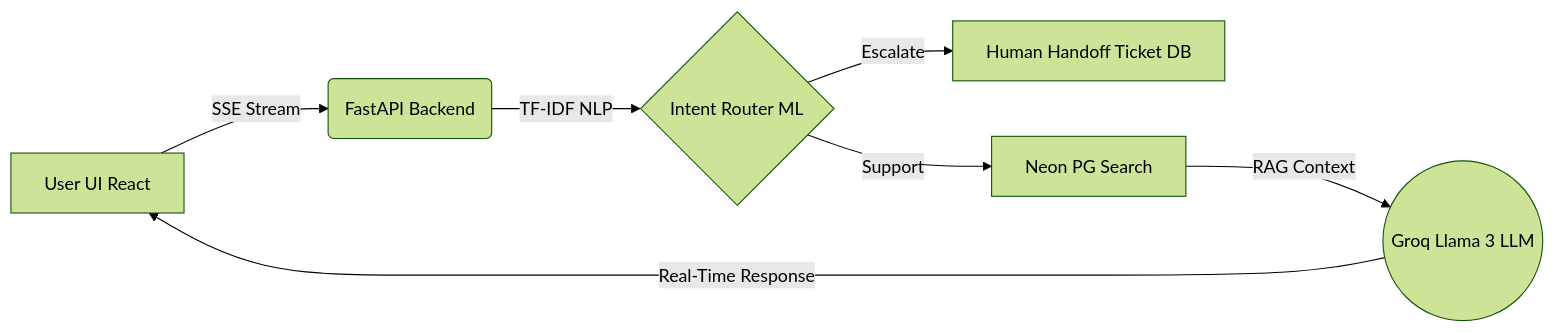
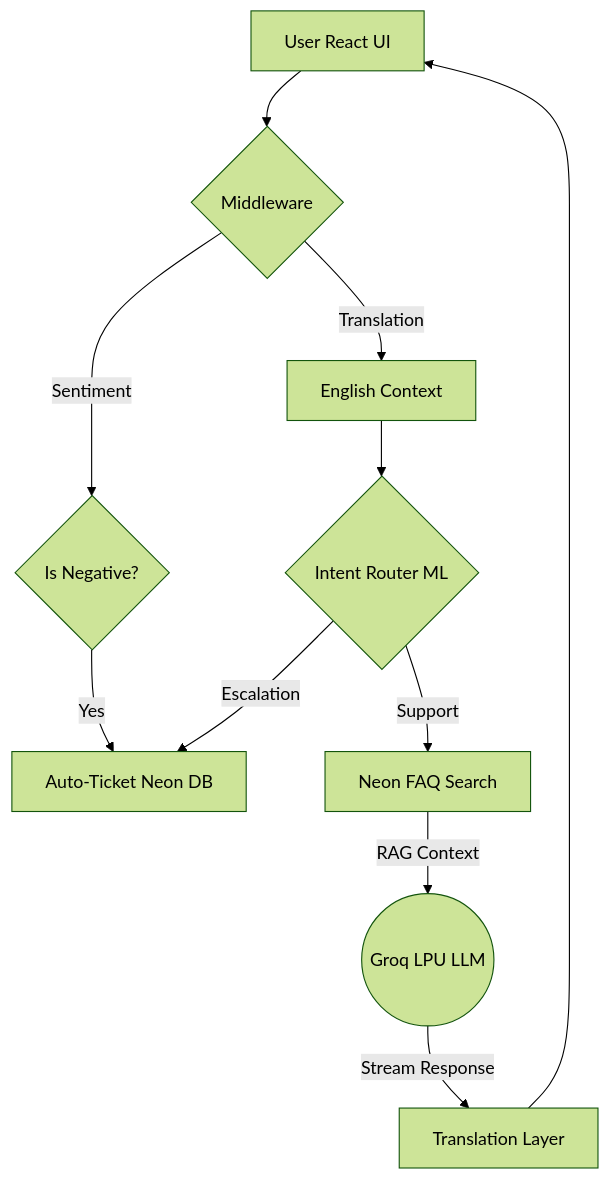
The diagram in README.md (Hitesh92004/AI-Powered-Customer-Support-Chat-Bot), drawn with Mermaid (forest theme) before and after one commit. The commit also changed other lines of this file and 2 other files, not shown here.

````diff
--- a/README.md
+++ b/README.md
@@ -31,9 +33,13 @@
 ```mermaid
-graph LR
-    A[User UI React] -- SSE Stream --> B(FastAPI Backend)
-    B -- TF-IDF NLP --> C{Intent Router ML}
-    C -- Escalate --> D[Human Handoff Ticket DB]
-    C -- Support --> E[Neon PG Search]
-    E -- RAG Context --> F((Groq Llama 3 LLM))
-    F -- Real-Time Response --> A 
+graph TD
+    A[User React UI] --> B{Middleware}
+    B -- Translation --> C[English Context]
+    B -- Sentiment --> D{Is Negative?}
+    D -- Yes --> E[Auto-Ticket Neon DB]
+    C --> F{Intent Router ML}
+    F -- Escalation --> E
+    F -- Support --> G[Neon FAQ Search]
+    G -- RAG Context --> H((Groq LPU LLM))
+    H -- Stream Response --> I[Translation Layer]
+    I --> A
 ```
````
